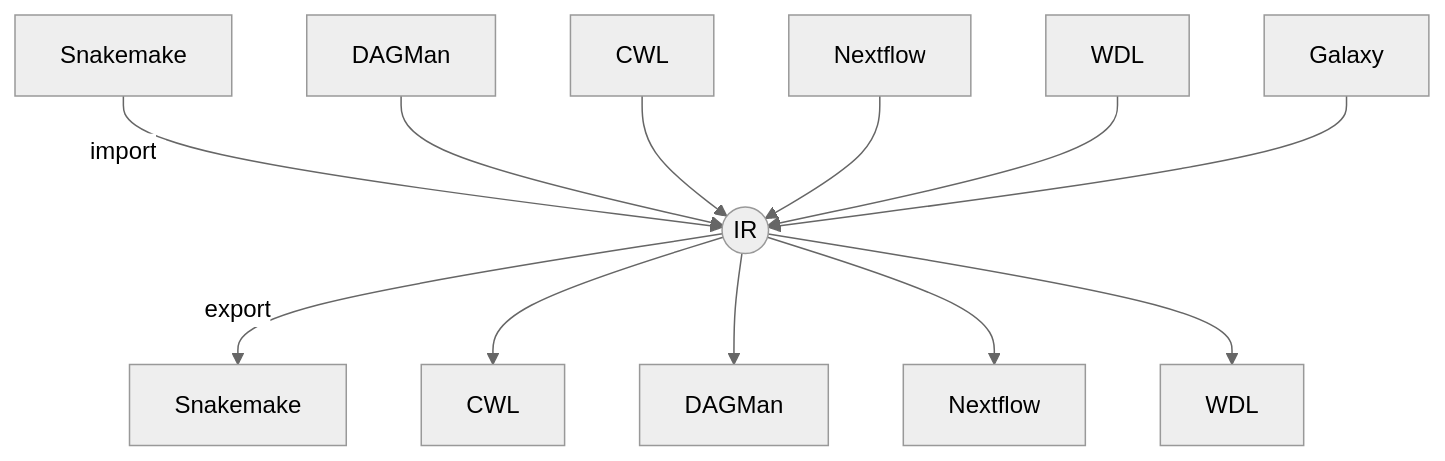
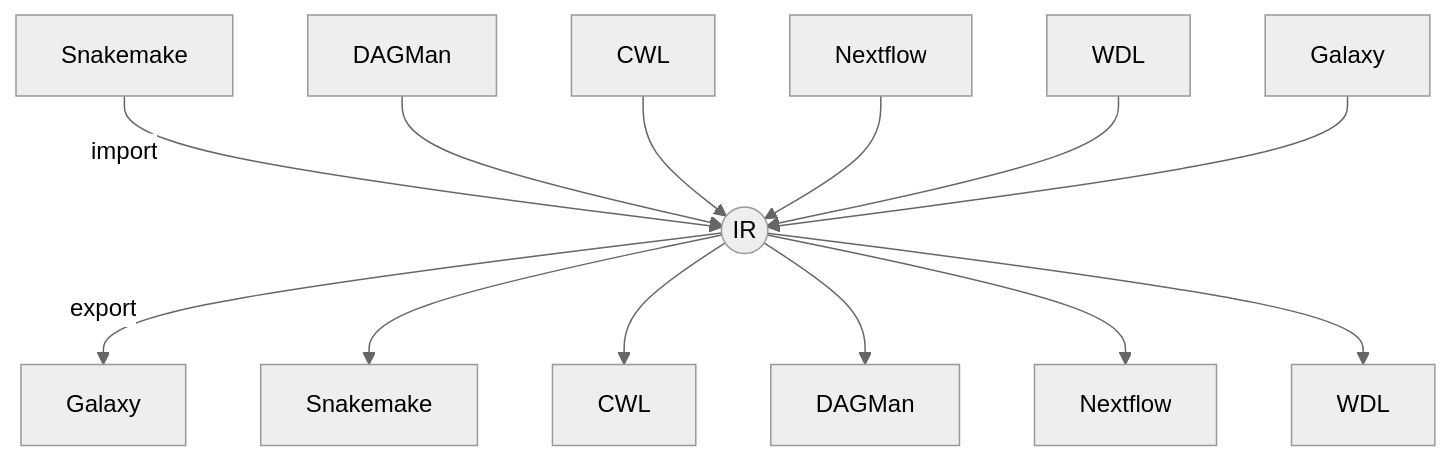
One commit to csmcal/wf2wf changed the diagram in README.md. Above: the diagram before and after it, drawn with Mermaid (neutral theme). The commit also changed 2 other files, not shown here.

````diff
--- a/README.md
+++ b/README.md
@@ -15,14 +15,15 @@
 ```mermaid
 graph TD;
   A[Snakemake] -->|import| IR((IR));
   B[DAGMan]   --> IR;
   C[CWL]      --> IR;
   D[Nextflow] --> IR;
   E[WDL]      --> IR;
   F[Galaxy]   --> IR;
-  IR -->|export| SMK2[Snakemake];
+  IR -->|export| GA2[Galaxy];
+  IR --> SMK2[Snakemake];
   IR --> CWL2[CWL];
   IR --> DAG2[DAGMan];
   IR --> NF2[Nextflow];
   IR --> WDL2[WDL];
 ```
````
